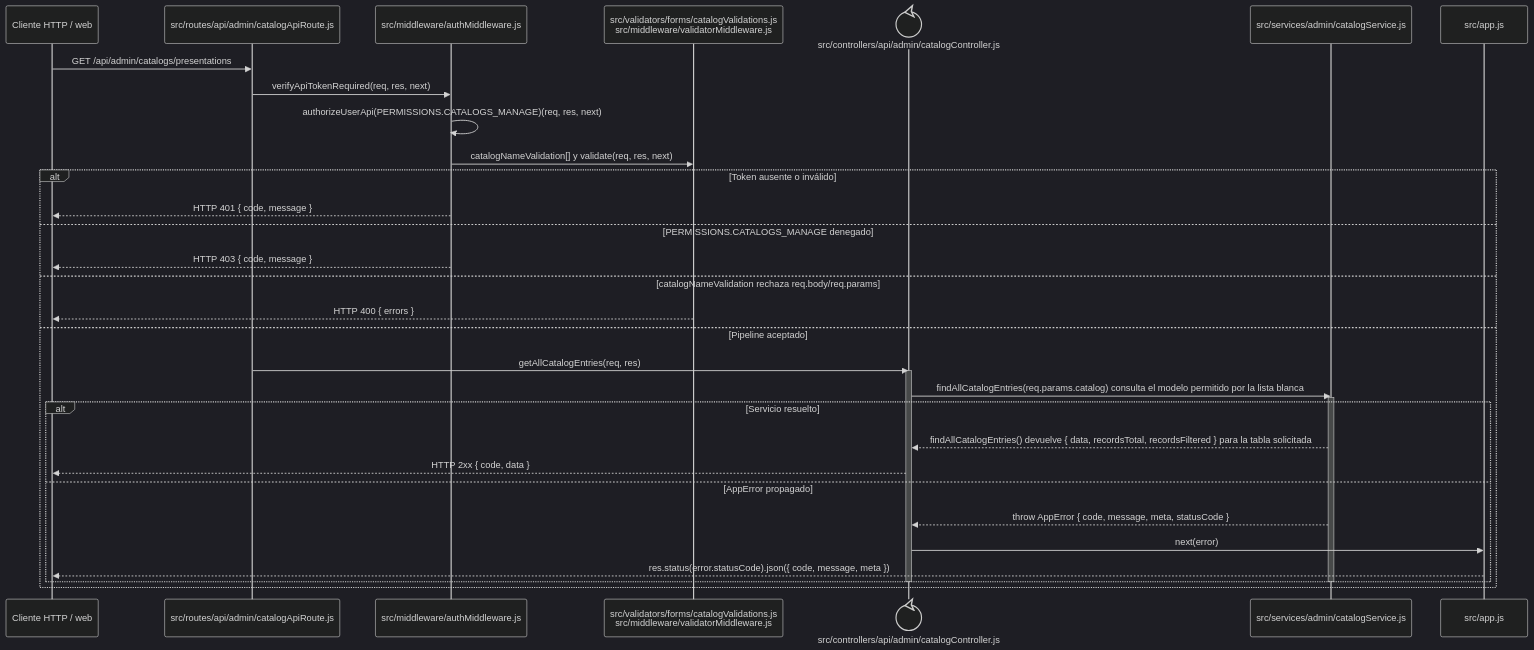
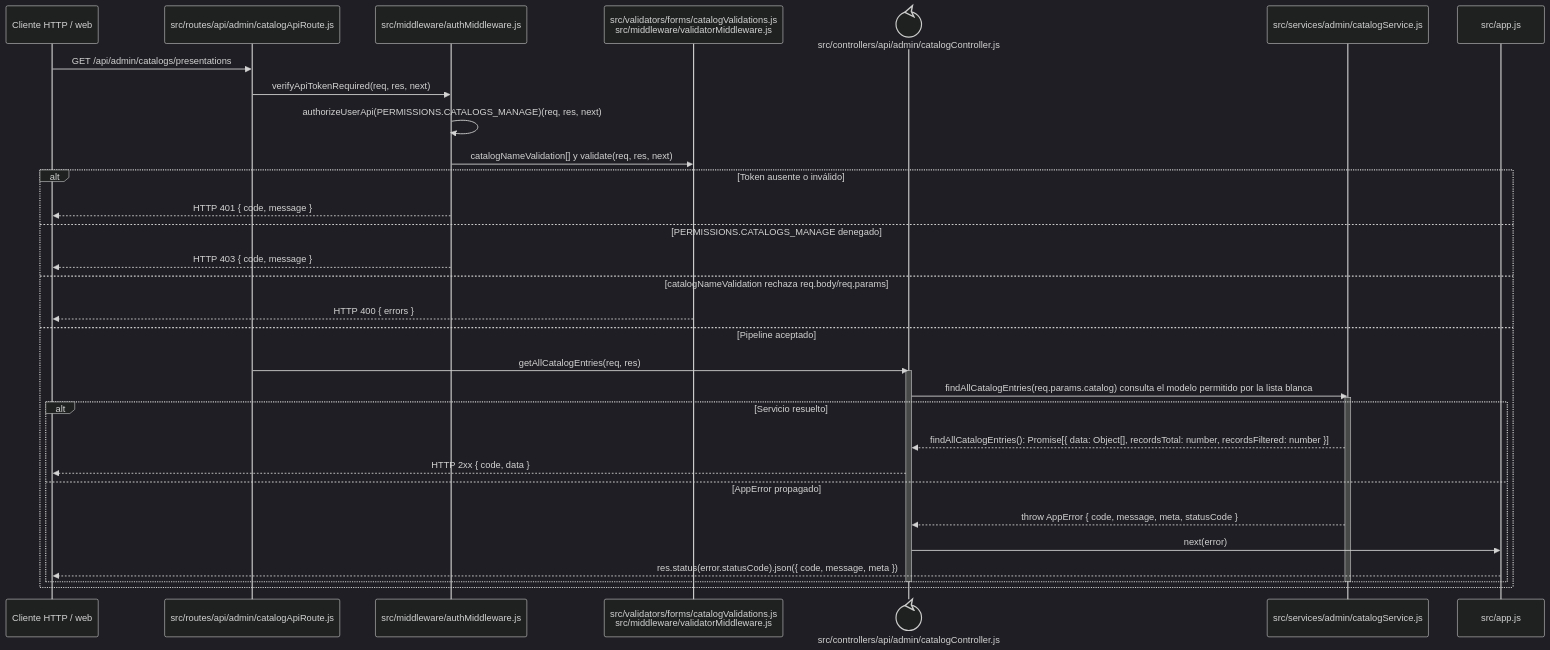
Before and after one commit to gpgsistemas01/nexus: the diagram in docs/architecture/backend-code-sequences/catalogs/cu-cat-15.md, drawn with Mermaid (dark theme). The commit also changed 146 other files, not shown here.

````diff
--- a/docs/architecture/backend-code-sequences/catalogs/cu-cat-15.md
+++ b/docs/architecture/backend-code-sequences/catalogs/cu-cat-15.md
@@ -6,37 +6,37 @@
 ```mermaid
 sequenceDiagram
     participant Client as Cliente HTTP / web
     participant Route as src/routes/api/admin/catalogApiRoute.js
     participant Auth as src/middleware/authMiddleware.js
     participant Validator as src/validators/forms/catalogValidations.js<br/>src/middleware/validatorMiddleware.js
     participant Controller@{ "type": "control" } as src/controllers/api/admin/catalogController.js
     participant Domain as src/services/admin/catalogService.js
     participant ErrorHandler as src/app.js
 
     Client->>Route: GET /api/admin/catalogs/presentations
     Route->>Auth: verifyApiTokenRequired(req, res, next)
     Auth->>Auth: authorizeUserApi(PERMISSIONS.CATALOGS_MANAGE)(req, res, next)
     Auth->>Validator: catalogNameValidation[] y validate(req, res, next)
     alt Token ausente o inválido
         Auth-->>Client: HTTP 401 { code, message }
     else PERMISSIONS.CATALOGS_MANAGE denegado
         Auth-->>Client: HTTP 403 { code, message }
     else catalogNameValidation rechaza req.body/req.params
         Validator-->>Client: HTTP 400 { errors }
     else Pipeline aceptado
         Route->>Controller: getAllCatalogEntries(req, res)
         activate Controller
         Controller->>Domain: findAllCatalogEntries(req.params.catalog) consulta el modelo permitido por la lista blanca
         activate Domain
         alt Servicio resuelto
-            Domain-->>Controller: findAllCatalogEntries() devuelve { data, recordsTotal, recordsFiltered } para la tabla solicitada
+            Domain-->>Controller: findAllCatalogEntries(): Promise[{ data: Object[], recordsTotal: number, recordsFiltered: number }]
             Controller-->>Client: HTTP 2xx { code, data }
         else AppError propagado
             Domain-->>Controller: throw AppError { code, message, meta, statusCode }
             Controller->>ErrorHandler: next(error)
             ErrorHandler-->>Client: res.status(error.statusCode).json({ code, message, meta })
         end
         deactivate Domain
         deactivate Controller
     end
 ```
````
